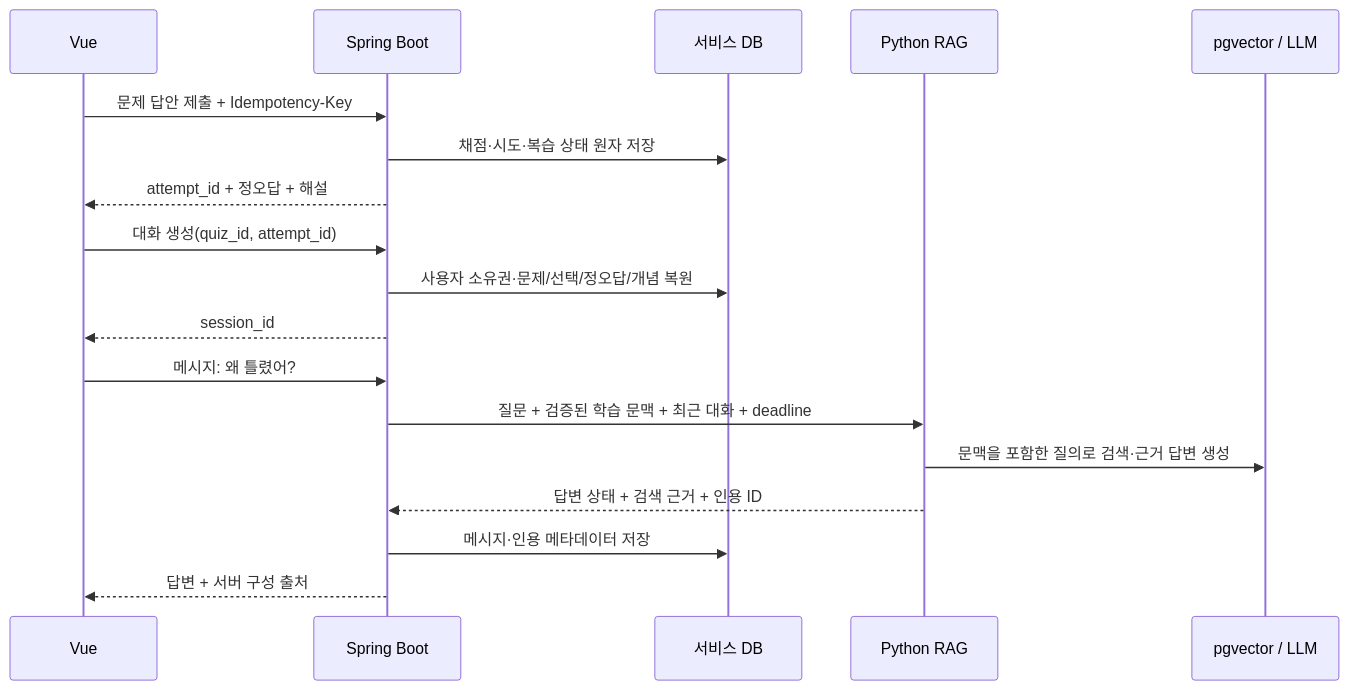
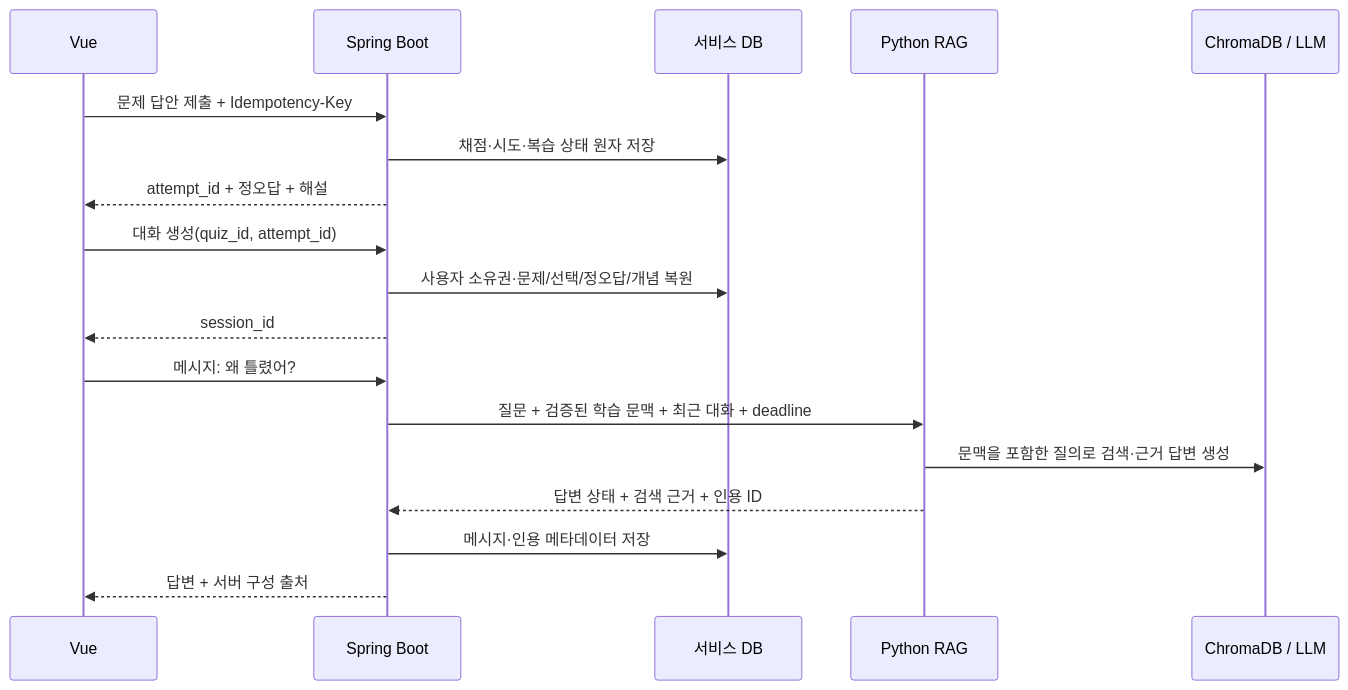
One commit to NewOld21/CS-AS changed the second of 2 diagrams in docs/14_RAG_GUIDE.md. Above: the diagram before and after it, drawn with Mermaid. The commit also changed other lines of this file and 18 other files, not shown here.

Commit message:
docs: record MVP architecture and API conventions

````diff
--- a/docs/14_RAG_GUIDE.md
+++ b/docs/14_RAG_GUIDE.md
@@ -31,20 +31,20 @@
 ```mermaid
 sequenceDiagram
     participant V as Vue
     participant S as Spring Boot
     participant D as 서비스 DB
     participant R as Python RAG
-    participant P as pgvector / LLM
+    participant P as ChromaDB / LLM
     V->>S: 문제 답안 제출 + Idempotency-Key
     S->>D: 채점·시도·복습 상태 원자 저장
     S-->>V: attempt_id + 정오답 + 해설
     V->>S: 대화 생성(quiz_id, attempt_id)
     S->>D: 사용자 소유권·문제/선택/정오답/개념 복원
     S-->>V: session_id
     V->>S: 메시지: 왜 틀렸어?
     S->>R: 질문 + 검증된 학습 문맥 + 최근 대화 + deadline
     R->>P: 문맥을 포함한 질의로 검색·근거 답변 생성
     R-->>S: 답변 상태 + 검색 근거 + 인용 ID
     S->>D: 메시지·인용 메타데이터 저장
     S-->>V: 답변 + 서버 구성 출처
 ```
````
